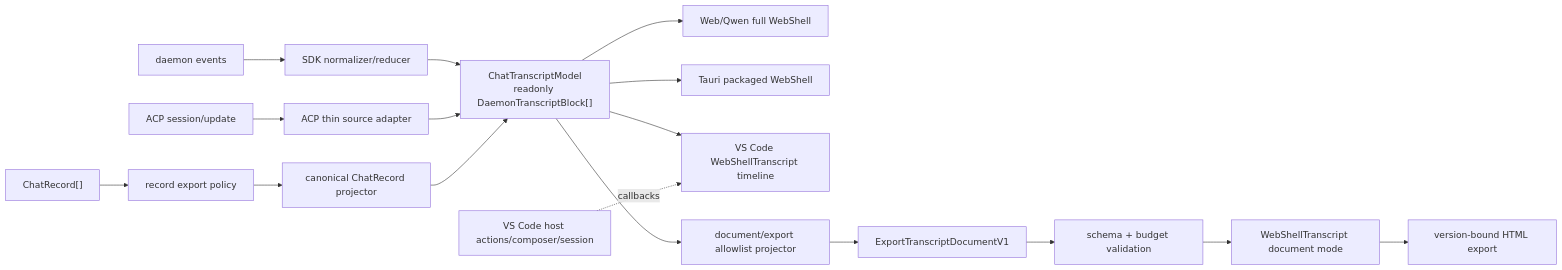
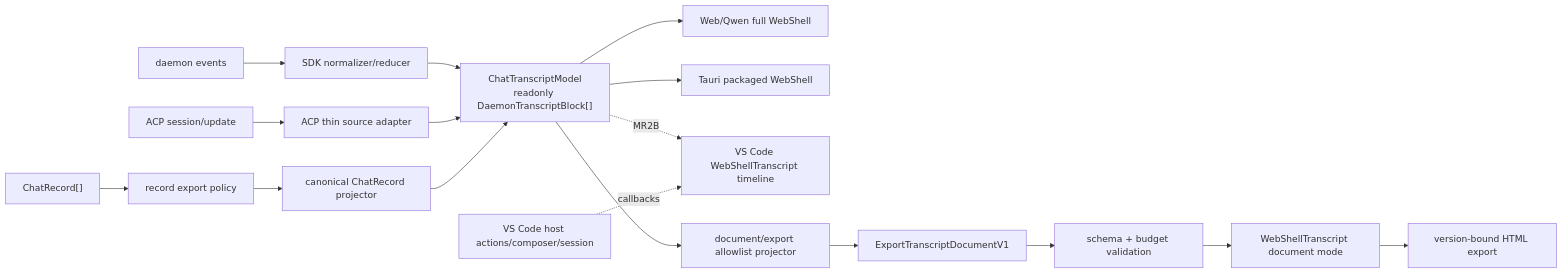
The first of 2 diagrams in docs/design/web-shell/chat-transcript-contract-prevalidation.md (QwenLM/qwen-code), drawn with Mermaid before and after one commit. The commit also changed other lines of this file and 30 other files, not shown here.

First line of the commit message:
refactor(transcript): split HTML export from VS Code migration

````diff
--- a/docs/design/web-shell/chat-transcript-contract-prevalidation.md
+++ b/docs/design/web-shell/chat-transcript-contract-prevalidation.md
@@ -119,23 +120,23 @@
 ```mermaid
 flowchart LR
   DE["daemon events"] --> DR["SDK normalizer/reducer"]
   ACP["ACP session/update"] --> AA["ACP thin source adapter"]
   CR["ChatRecord[]"] --> RP["record export policy"]
   RP --> CP["canonical ChatRecord projector"]
 
   DR --> MODEL["ChatTranscriptModel\nreadonly DaemonTranscriptBlock[]"]
   AA --> MODEL
   CP --> MODEL
 
   MODEL --> WEB["Web/Qwen full WebShell"]
   MODEL --> DESKTOP["Tauri packaged WebShell"]
-  MODEL --> VST["VS Code WebShellTranscript timeline"]
+  MODEL -. MR2B .-> VST["VS Code WebShellTranscript timeline"]
   MODEL --> EP["document/export allowlist projector"]
 
   EP --> EDOC["ExportTranscriptDocumentV1"]
   EDOC --> VALIDATE["schema + budget validation"]
   VALIDATE --> DOC["WebShellTranscript document mode"]
   DOC --> HTML["version-bound HTML export"]
 
   VSHOST["VS Code host actions/composer/session"] -. callbacks .-> VST
 ```
````
